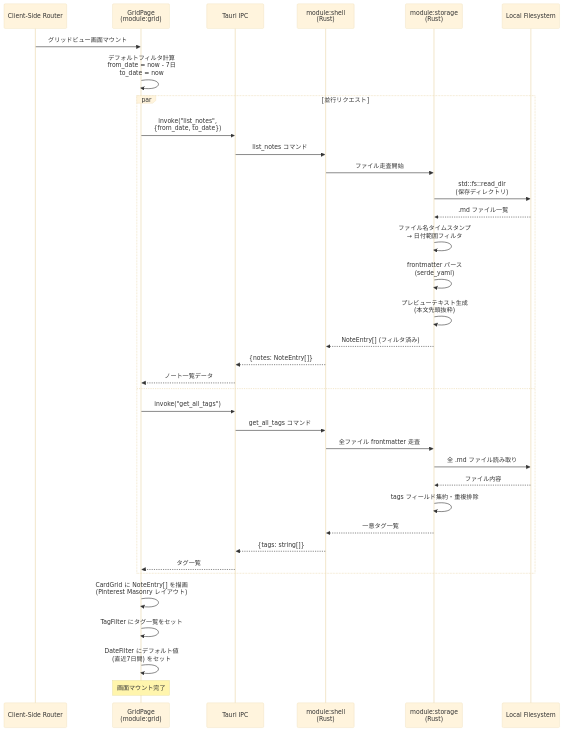
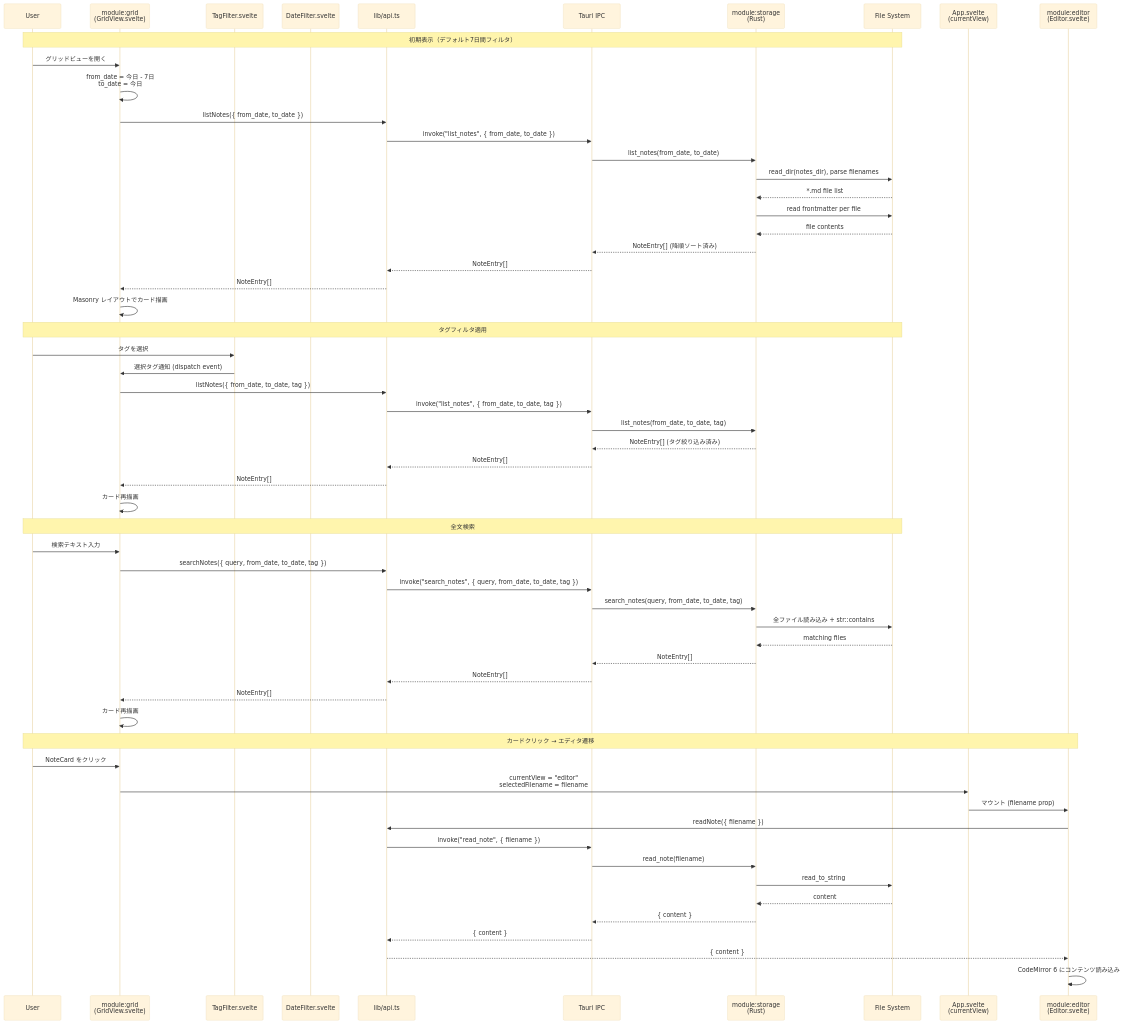
One commit to dev-komenzar/prompt-notes changed the first of 3 diagrams in docs/detailed_design/grid_search_design.md. Above: the diagram before and after it, drawn with Mermaid (base theme). The commit also changed other lines of this file and 6 other files, not shown here.

````diff
--- a/docs/detailed_design/grid_search_design.md
+++ b/docs/detailed_design/grid_search_design.md
@@ -129,42 +85,65 @@
 ```mermaid
 sequenceDiagram
-    participant Router as Client-Side Router
-    participant Grid as GridPage<br/>(module:grid)
+    participant User
+    participant GridView as module:grid<br/>(GridView.svelte)
+    participant TagFilter as TagFilter.svelte
+    participant DateFilter as DateFilter.svelte
+    participant Api as lib/api.ts
     participant IPC as Tauri IPC
-    participant Shell as module:shell<br/>(Rust)
     participant Storage as module:storage<br/>(Rust)
-    participant FS as Local Filesystem
+    participant FS as File System
+    participant App as App.svelte<br/>(currentView)
+    participant Editor as module:editor<br/>(Editor.svelte)
 
-    Router->>Grid: グリッドビュー画面マウント
-    Grid->>Grid: デフォルトフィルタ計算<br/>from_date = now - 7日<br/>to_date = now
+    Note over User,FS: 初期表示（デフォルト7日間フィルタ）
+    User->>GridView: グリッドビューを開く
+    GridView->>GridView: from_date = 今日 - 7日<br/>to_date = 今日
+    GridView->>Api: listNotes({ from_date, to_date })
+    Api->>IPC: invoke("list_notes", { from_date, to_date })
+    IPC->>Storage: list_notes(from_date, to_date)
+    Storage->>FS: read_dir(notes_dir), parse filenames
+    FS-->>Storage: *.md file list
+    Storage->>FS: read frontmatter per file
+    FS-->>Storage: file contents
+    Storage-->>IPC: NoteEntry[] (降順ソート済み)
+    IPC-->>Api: NoteEntry[]
+    Api-->>GridView: NoteEntry[]
+    GridView->>GridView: Masonry レイアウトでカード描画
 
-    par 並行リクエスト
-        Grid->>IPC: invoke("list_notes",<br/>{from_date, to_date})
-        IPC->>Shell: list_notes コマンド
-        Shell->>Storage: ファイル走査開始
-        Storage->>FS: std::fs::read_dir<br/>(保存ディレクトリ)
-        FS-->>Storage: .md ファイル一覧
-        Storage->>Storage: ファイル名タイムスタンプ<br/>→ 日付範囲フィルタ
-        Storage->>Storage: frontmatter パース<br/>(serde_yaml)
-        Storage->>Storage: プレビューテキスト生成<br/>(本文先頭抜粋)
-        Storage-->>Shell: NoteEntry[] (フィルタ済み)
-        Shell-->>IPC: {notes: NoteEntry[]}
-        IPC-->>Grid: ノート一覧データ
-    and
-        Grid->>IPC: invoke("get_all_tags")
-        IPC->>Shell: get_all_tags コマンド
-        Shell->>Storage: 全ファイル frontmatter 走査
-        Storage->>FS: 全 .md ファイル読み取り
-        FS-->>Storage: ファイル内容
-        Storage->>Storage: tags フィールド集約・重複排除
-        Storage-->>Shell: 一意タグ一覧
-        Shell-->>IPC: {tags: string[]}
-        IPC-->>Grid: タグ一覧
-    end
+    Note over User,FS: タグフィルタ適用
+    User->>TagFilter: タグを選択
+    TagFilter->>GridView: 選択タグ通知 (dispatch event)
+    GridView->>Api: listNotes({ from_date, to_date, tag })
+    Api->>IPC: invoke("list_notes", { from_date, to_date, tag })
+    IPC->>Storage: list_notes(from_date, to_date, tag)
+    Storage-->>IPC: NoteEntry[] (タグ絞り込み済み)
+    IPC-->>Api: NoteEntry[]
+    Api-->>GridView: NoteEntry[]
+    GridView->>GridView: カード再描画
 
-    Grid->>Grid: CardGrid に NoteEntry[] を描画<br/>(Pinterest Masonry レイアウト)
-    Grid->>Grid: TagFilter にタグ一覧をセット
-    Grid->>Grid: DateFilter にデフォルト値<br/>(直近7日間) をセット
+    Note over User,FS: 全文検索
+    User->>GridView: 検索テキスト入力
+    GridView->>Api: searchNotes({ query, from_date, to_date, tag })
+    Api->>IPC: invoke("search_notes", { query, from_date, to_date, tag })
+    IPC->>Storage: search_notes(query, from_date, to_date, tag)
+    Storage->>FS: 全ファイル読み込み + str::contains
+    FS-->>Storage: matching files
+    Storage-->>IPC: NoteEntry[]
+    IPC-->>Api: NoteEntry[]
+    Api-->>GridView: NoteEntry[]
+    GridView->>GridView: カード再描画
 
-    Note over Grid: 画面マウント完了
+    Note over User,Editor: カードクリック → エディタ遷移
+    User->>GridView: NoteCard をクリック
+    GridView->>App: currentView = "editor"<br/>selectedFilename = filename
+    App->>Editor: マウント (filename prop)
+    Editor->>Api: readNote({ filename })
+    Api->>IPC: invoke("read_note", { filename })
+    IPC->>Storage: read_note(filename)
+    Storage->>FS: read_to_string
+    FS-->>Storage: content
+    Storage-->>IPC: { content }
+    IPC-->>Api: { content }
+    Api-->>Editor: { content }
+    Editor->>Editor: CodeMirror 6 にコンテンツ読み込み
 ```
````
